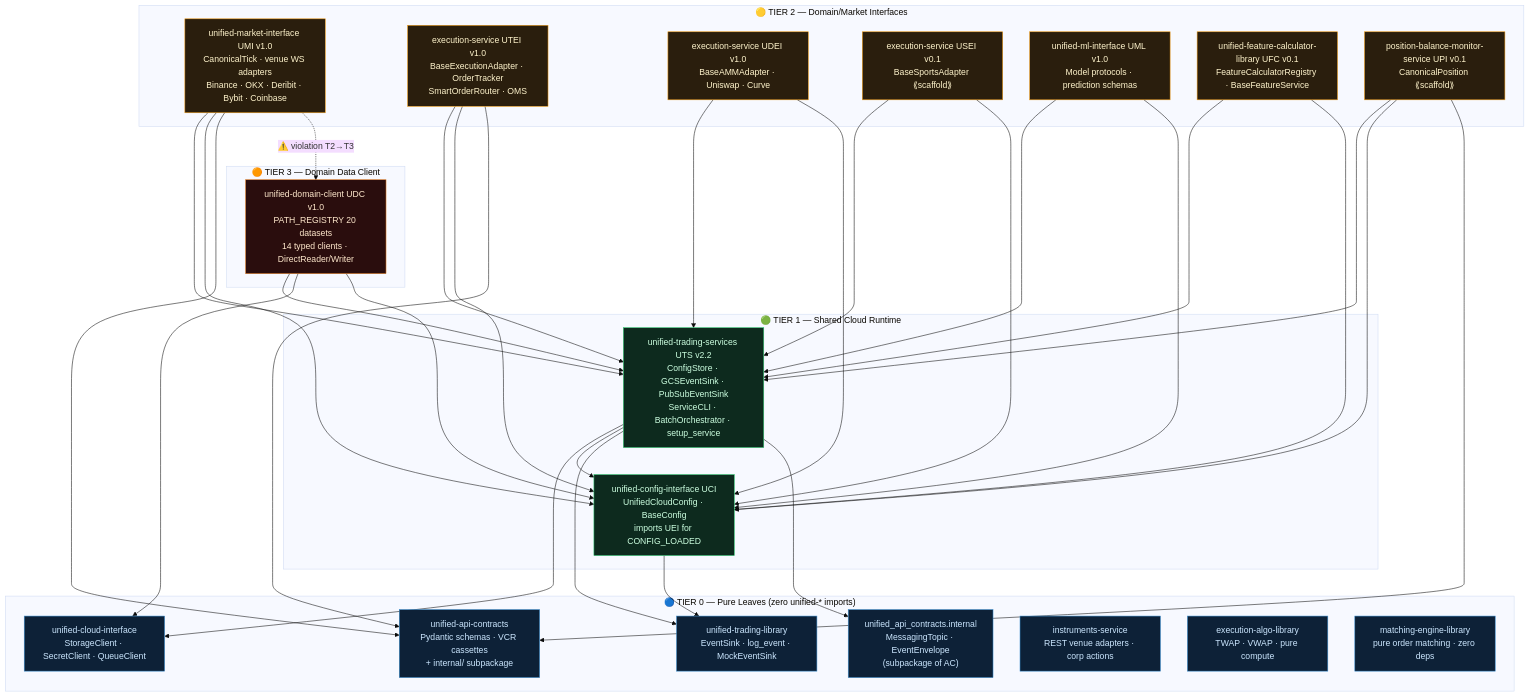
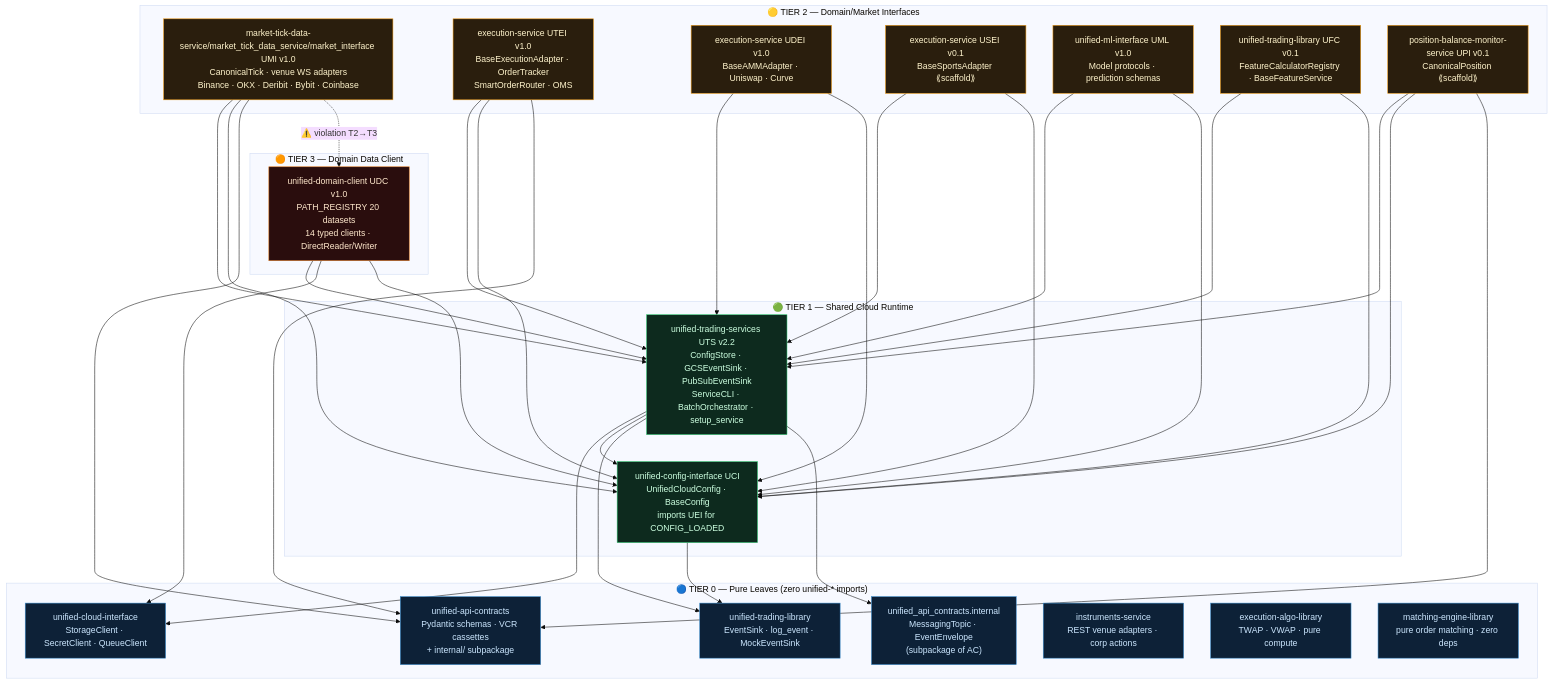
Before and after one commit to IggyIkenna/unified-trading-pm: the first of 2 diagrams in codex/05-infrastructure/unified-libraries/INTERNAL_DEPENDENCY_GRAPH.md, drawn with Mermaid (base theme). The commit also changed other lines of this file and 156 other files, not shown here.

````diff
--- a/codex/05-infrastructure/unified-libraries/INTERNAL_DEPENDENCY_GRAPH.md
+++ b/codex/05-infrastructure/unified-libraries/INTERNAL_DEPENDENCY_GRAPH.md
@@ -25,74 +25,74 @@
 ```mermaid
 graph TB
     subgraph T0["🔵 TIER 0 — Pure Leaves (zero unified-* imports)"]
         AC["unified-api-contracts<br/>Pydantic schemas · VCR cassettes<br/>+ internal/ subpackage"]
         UIC_INT["unified_api_contracts.internal<br/>MessagingTopic · EventEnvelope<br/>(subpackage of AC)"]
         UEI["unified-trading-library<br/>EventSink · log_event · MockEventSink"]
         UCLI["unified-cloud-interface<br/>StorageClient · SecretClient · QueueClient"]
         URDI["instruments-service<br/>REST venue adapters · corp actions"]
         EAL["execution-algo-library<br/>TWAP · VWAP · pure compute"]
         MEL["matching-engine-library<br/>pure order matching · zero deps"]
     end
 
     subgraph T1["🟢 TIER 1 — Shared Cloud Runtime"]
         UCI["unified-config-interface UCI<br/>UnifiedCloudConfig · BaseConfig<br/>imports UEI for CONFIG_LOADED"]
         UTS["unified-trading-services UTS v2.2<br/>ConfigStore · GCSEventSink · PubSubEventSink<br/>ServiceCLI · BatchOrchestrator · setup_service"]
     end
 
     subgraph T2["🟡 TIER 2 — Domain/Market Interfaces"]
-        UMI["unified-market-interface UMI v1.0<br/>CanonicalTick · venue WS adapters<br/>Binance · OKX · Deribit · Bybit · Coinbase"]
+        UMI["market-tick-data-service/market_tick_data_service/market_interface UMI v1.0<br/>CanonicalTick · venue WS adapters<br/>Binance · OKX · Deribit · Bybit · Coinbase"]
         UTEI["execution-service UTEI v1.0<br/>BaseExecutionAdapter · OrderTracker<br/>SmartOrderRouter · OMS"]
         UDEI["execution-service UDEI v1.0<br/>BaseAMMAdapter · Uniswap · Curve"]
         USEI["execution-service USEI v0.1<br/>BaseSportsAdapter ⟪scaffold⟫"]
         UML["unified-ml-interface UML v1.0<br/>Model protocols · prediction schemas"]
-        UFC["unified-feature-calculator-library UFC v0.1<br/>FeatureCalculatorRegistry · BaseFeatureService"]
+        UFC["unified-trading-library UFC v0.1<br/>FeatureCalculatorRegistry · BaseFeatureService"]
         UPI["position-balance-monitor-service UPI v0.1<br/>CanonicalPosition ⟪scaffold⟫"]
     end
 
     subgraph T3["🟠 TIER 3 — Domain Data Client"]
         UDC["unified-domain-client UDC v1.0<br/>PATH_REGISTRY 20 datasets<br/>14 typed clients · DirectReader/Writer"]
     end
 
     %% T1 imports T0
     UCI --> UEI
     UTS --> UCLI
     UTS --> UCI
     UTS --> UEI
     UTS --> UIC_INT
 
     %% T2 imports T0+T1
     UMI --> UTS
     UMI --> UCI
     UMI --> AC
     UTEI --> UTS
     UTEI --> UCI
     UTEI --> AC
     UDEI --> UTS
     UDEI --> UCI
     USEI --> UTS
     USEI --> UCI
     UML --> UTS
     UML --> UCI
     UFC --> UTS
     UFC --> UCI
     UPI --> UTS
     UPI --> UCI
     UPI --> AC
 
     %% T3 imports T0+T1
     UDC --> UTS
     UDC --> UCLI
     UDC --> UCI
 
     %% Known violation (T2 → T3 lateral — must be removed)
     UMI -.->|"⚠️ violation T2→T3"| UDC
 
     classDef t0 fill:#0d2137,stroke:#3a8fd1,color:#cce7ff
     classDef t1 fill:#0d2a1e,stroke:#2ecc71,color:#ccffe0
     classDef t2 fill:#2a1e0d,stroke:#f39c12,color:#fff4cc
     classDef t3 fill:#2a0d0d,stroke:#e67e22,color:#ffe8cc
     class AC,UIC_INT,UEI,UCLI,URDI,EAL,MEL t0
     class UCI,UTS t1
     class UMI,UTEI,UDEI,USEI,UML,UFC,UPI t2
     class UDC t3
 ```
````
